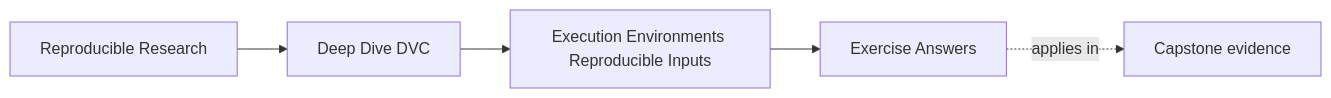
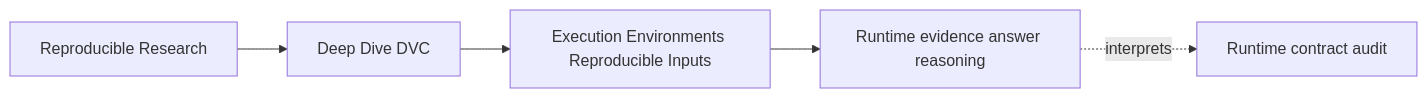
The first of 4 diagrams in programs/reproducible-research/deep-dive-dvc/course-book/module-03-execution-environments-reproducible-inputs/exercise-answers.md (bijux/bijux-masterclass), drawn with Mermaid before and after one commit. The commit also changed other lines of this file, not shown here.

Commit message:
docs(dvc): teach reasoning through runtime evidence answers

````diff
--- a/programs/reproducible-research/deep-dive-dvc/course-book/module-03-execution-environments-reproducible-inputs/exercise-answers.md
+++ b/programs/reproducible-research/deep-dive-dvc/course-book/module-03-execution-environments-reproducible-inputs/exercise-answers.md
@@ -7,11 +6,11 @@
 ```mermaid
 graph LR
   family["Reproducible Research"]
   program["Deep Dive DVC"]
   section["Execution Environments Reproducible Inputs"]
-  page["Exercise Answers"]
-  capstone["Capstone evidence"]
+  page["Runtime evidence answer reasoning"]
+  capstone["Runtime contract audit"]
 
   family --> program --> section --> page
-  page -.applies in.-> capstone
+  page -.interprets.-> capstone
 ```
````
